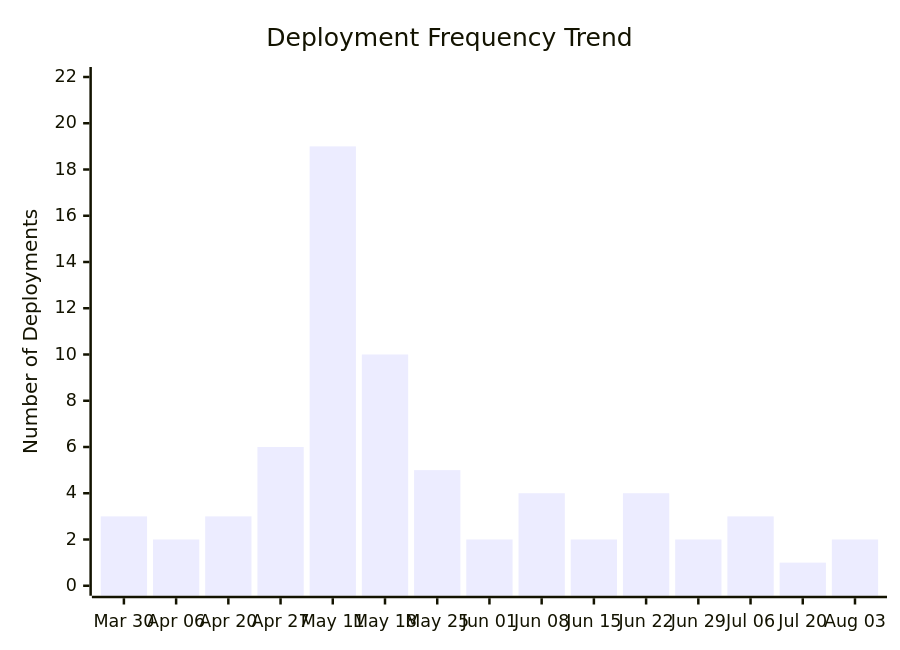
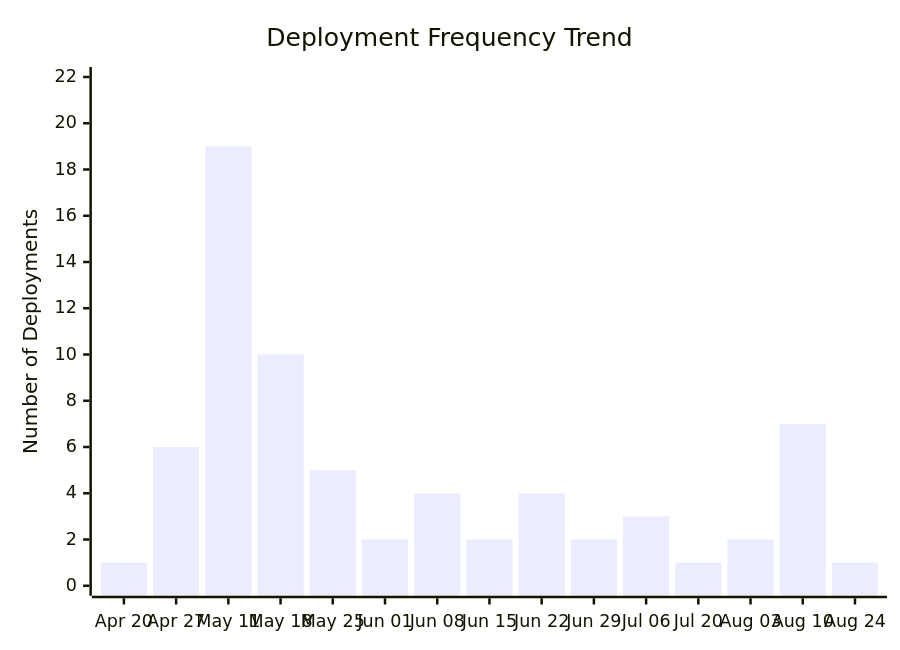
One commit to ukma-cs-ssdm-2025/rate-ukma changed the third of 4 diagrams in docs/ci-cd/dora-summary.md. Above: the diagram before and after it, drawn with Mermaid. The commit also changed other lines of this file, not shown here.

````diff
--- a/docs/ci-cd/dora-summary.md
+++ b/docs/ci-cd/dora-summary.md
@@ -57,7 +57,7 @@
 ```mermaid
 xychart-beta
     title "Deployment Frequency Trend"
-    x-axis ["Mar 30", "Apr 06", "Apr 20", "Apr 27", "May 11", "May 18", "May 25", "Jun 01", "Jun 08", "Jun 15", "Jun 22", "Jun 29", "Jul 06", "Jul 20", "Aug 03"]
+    x-axis ["Apr 20", "Apr 27", "May 11", "May 18", "May 25", "Jun 01", "Jun 08", "Jun 15", "Jun 22", "Jun 29", "Jul 06", "Jul 20", "Aug 03", "Aug 10", "Aug 24"]
     y-axis "Number of Deployments" 0 --> 22
-    bar [3.00, 2.00, 3.00, 6.00, 19.00, 10.00, 5.00, 2.00, 4.00, 2.00, 4.00, 2.00, 3.00, 1.00, 2.00]
+    bar [1.00, 6.00, 19.00, 10.00, 5.00, 2.00, 4.00, 2.00, 4.00, 2.00, 3.00, 1.00, 2.00, 7.00, 1.00]
 ```
````
